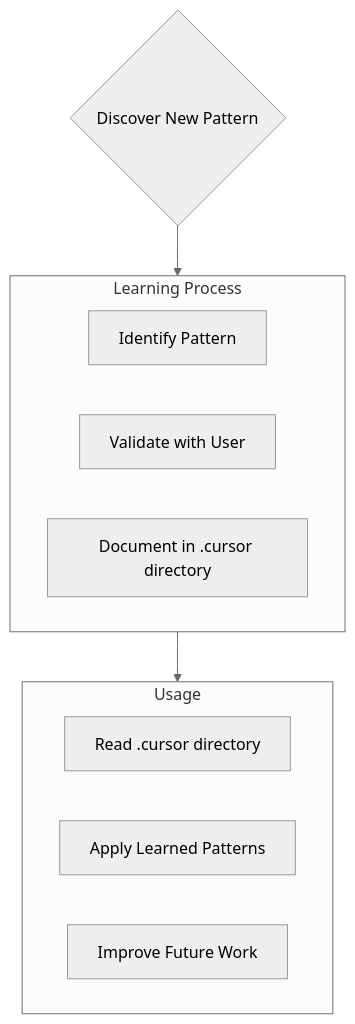
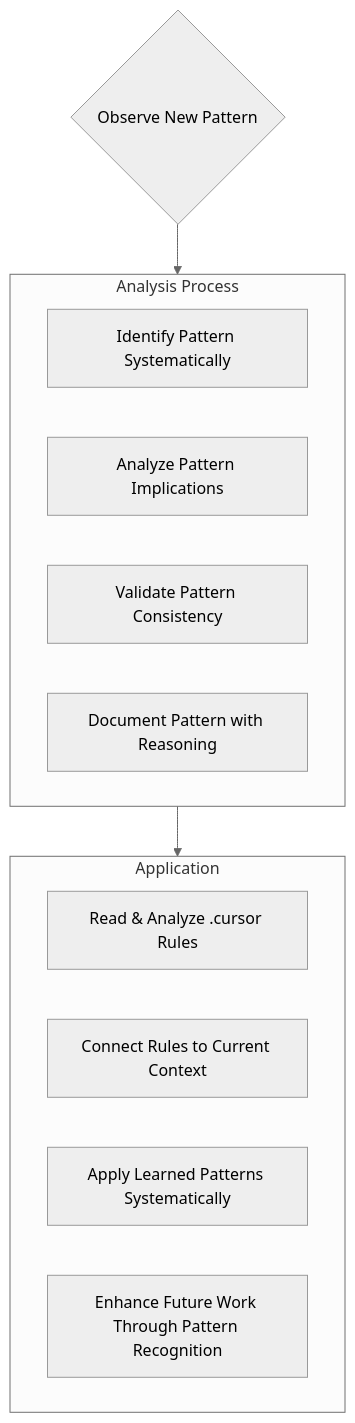
One commit to AeternoAI/aeterno-template-dev changed the fifth of 5 diagrams in .cursor/rules/memory-bank.mdc. Above: the diagram before and after it, drawn with Mermaid (neutral theme). The commit also changed other lines of this file and 3 other files, not shown here.

Commit message:
chore: update cursor rules with latest structure and formatting

````diff
--- a/.cursor/rules/memory-bank.mdc
+++ b/.cursor/rules/memory-bank.mdc
@@ -128,19 +272,21 @@
 ```mermaid
 flowchart TD
-    Start{Discover New Pattern}
+    Start{Observe New Pattern}
     
-    subgraph Learn [Learning Process]
-        D1[Identify Pattern]
-        D2[Validate with User]
-        D3[Document in .cursor directory]
+    subgraph Discovery [Analysis Process]
+        D1[Identify Pattern Systematically]
+        D2[Analyze Pattern Implications]
+        D3[Validate Pattern Consistency]
+        D4[Document Pattern with Reasoning]
     end
     
-    subgraph Apply [Usage]
-        A1[Read .cursor directory]
-        A2[Apply Learned Patterns]
-        A3[Improve Future Work]
+    subgraph Implementation [Application]
+        A1[Read & Analyze .cursor Rules]
+        A2[Connect Rules to Current Context]
+        A3[Apply Learned Patterns Systematically]
+        A4[Enhance Future Work Through Pattern Recognition]
     end
     
-    Start --> Learn
-    Learn --> Apply
+    Start --> Discovery
+    Discovery --> Implementation
 ```
````
